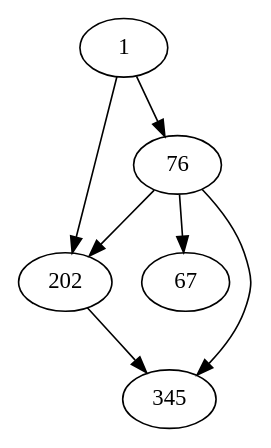
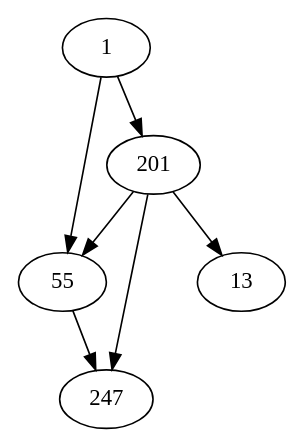
The diagram in expected/references.dot (lifelike/gamebookformat), drawn with Graphviz before and after one commit. The commit also changed 32 other files, not shown here.

```diff
--- a/expected/references.dot
+++ b/expected/references.dot
@@ -1,13 +1,13 @@
 digraph gamebook {
 
  
-1->202
+1->201
 
-1->76
-                                                                          76->202
+1->55
+                                                     55->247
+                                                                                                                                                 201->13
 
-76->67
+201->247
 
-76->345
-                                                                                                                             202->345
-                                                                                                                                                                                                      }
+201->55
+                                                                                                                                                                                                       }
```
